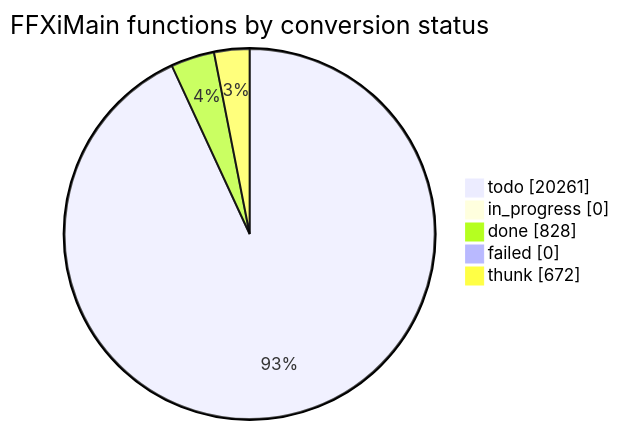
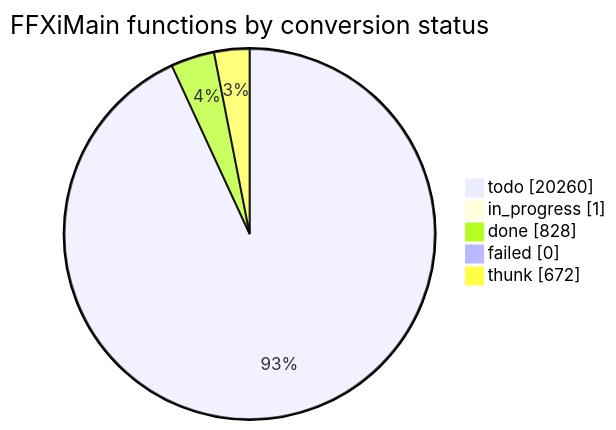
One commit to cowrevenge/cow_kuluu_xi_anything changed the diagram in docs/cow/STATUS.md. Above: the diagram before and after it, drawn with Mermaid. The commit also changed other lines of this file and 6 other files, not shown here.

````diff
--- a/docs/cow/STATUS.md
+++ b/docs/cow/STATUS.md
@@ -18,9 +18,9 @@
 ```mermaid
 pie showData
     title FFXiMain functions by conversion status
-    "todo" : 20261
-    "in_progress" : 0
+    "todo" : 20260
+    "in_progress" : 1
     "done" : 828
     "failed" : 0
     "thunk" : 672
 ```
````
